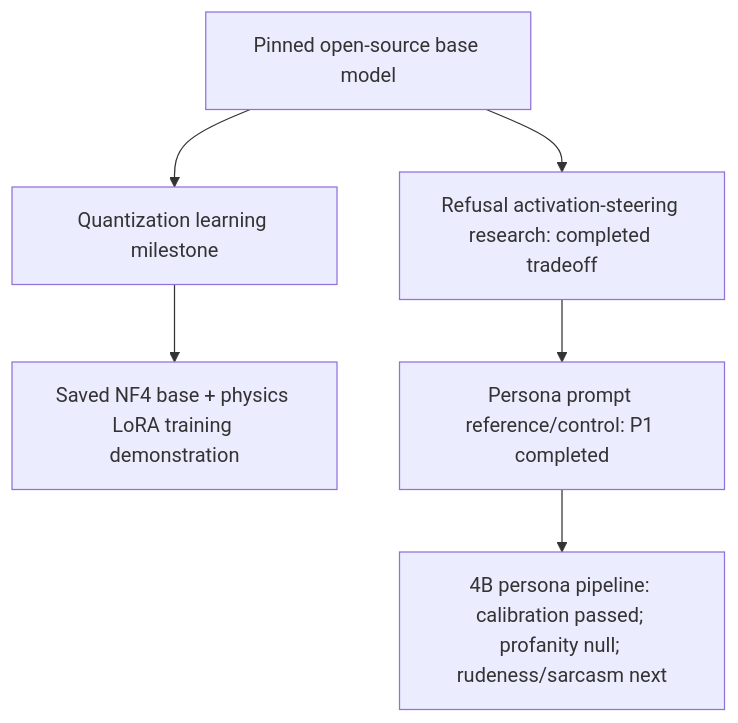
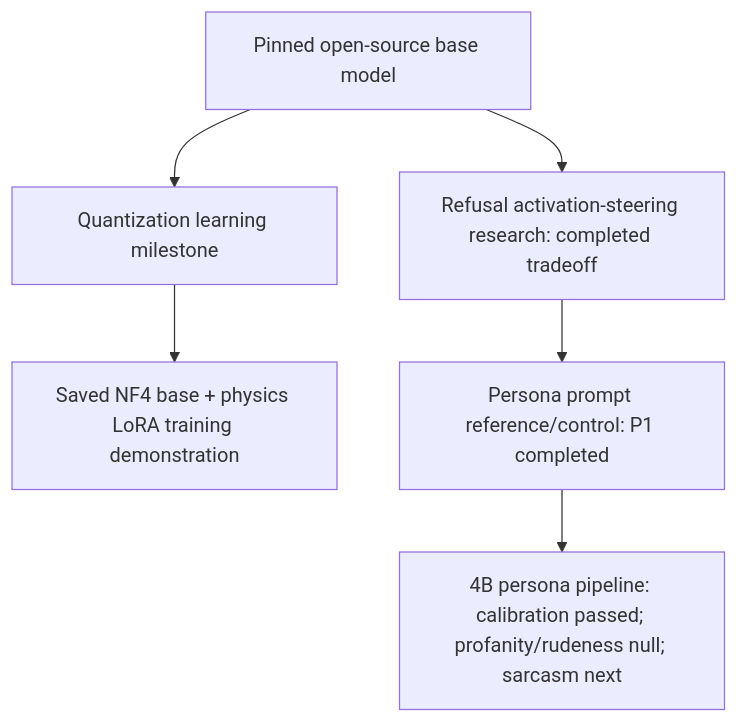
Before and after one commit to RenormalizationTech/tuneLLM: the diagram in docs/project_tracks.md, drawn with Mermaid. The commit also changed other lines of this file and 6 other files, not shown here.

Commit message:
Close isolated rudeness pilot and register fixed sarcasm study

````diff
--- a/docs/project_tracks.md
+++ b/docs/project_tracks.md
@@ -39,8 +40,8 @@
 ```mermaid
 flowchart TD
     Base["Pinned open-source base model"] --> Quant["Quantization learning milestone"]
     Quant --> Physics["Saved NF4 base + physics LoRA training demonstration"]
     Base --> Refusal["Refusal activation-steering research: completed tradeoff"]
     Refusal --> Prompt["Persona prompt reference/control: P1 completed"]
-    Prompt --> Persona["4B persona pipeline: calibration passed; profanity null; rudeness/sarcasm next"]
+    Prompt --> Persona["4B persona pipeline: calibration passed; profanity/rudeness null; sarcasm next"]
 ```
````
